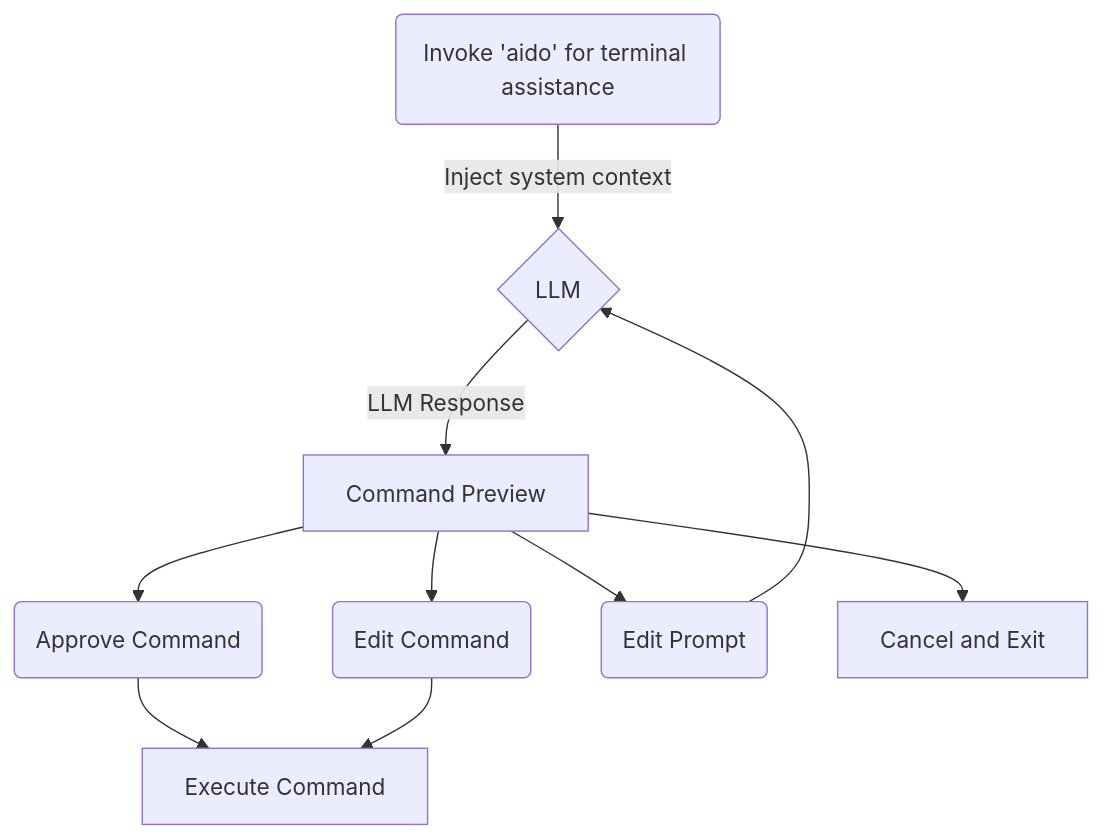
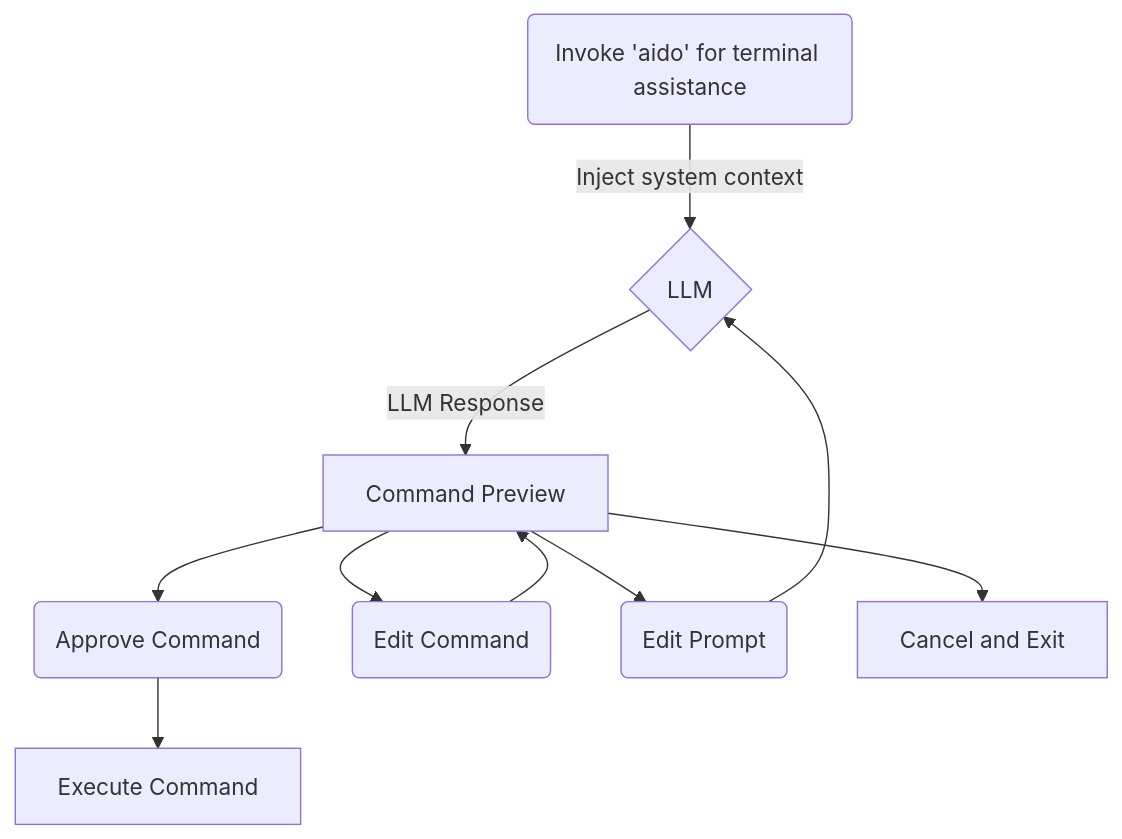
The diagram in README.md (s-m2/aido), drawn with Mermaid before and after one commit. The commit also changed other lines of this file and 2 other files, not shown here.

````diff
--- a/README.md
+++ b/README.md
@@ -8,9 +16,9 @@
 ```mermaid
 flowchart TD
     A(Invoke 'aido' for terminal assistance) -->|Inject system context| B{LLM}
     B -->|LLM Response| C[Command Preview]
     C --> D(Approve Command) --> E[Execute Command]
-    C --> F(Edit Command) --> E
+    C --> F(Edit Command) --> C
     C --> G(Edit Prompt) --> B
     C --> H[Cancel and Exit]
 ```
````
